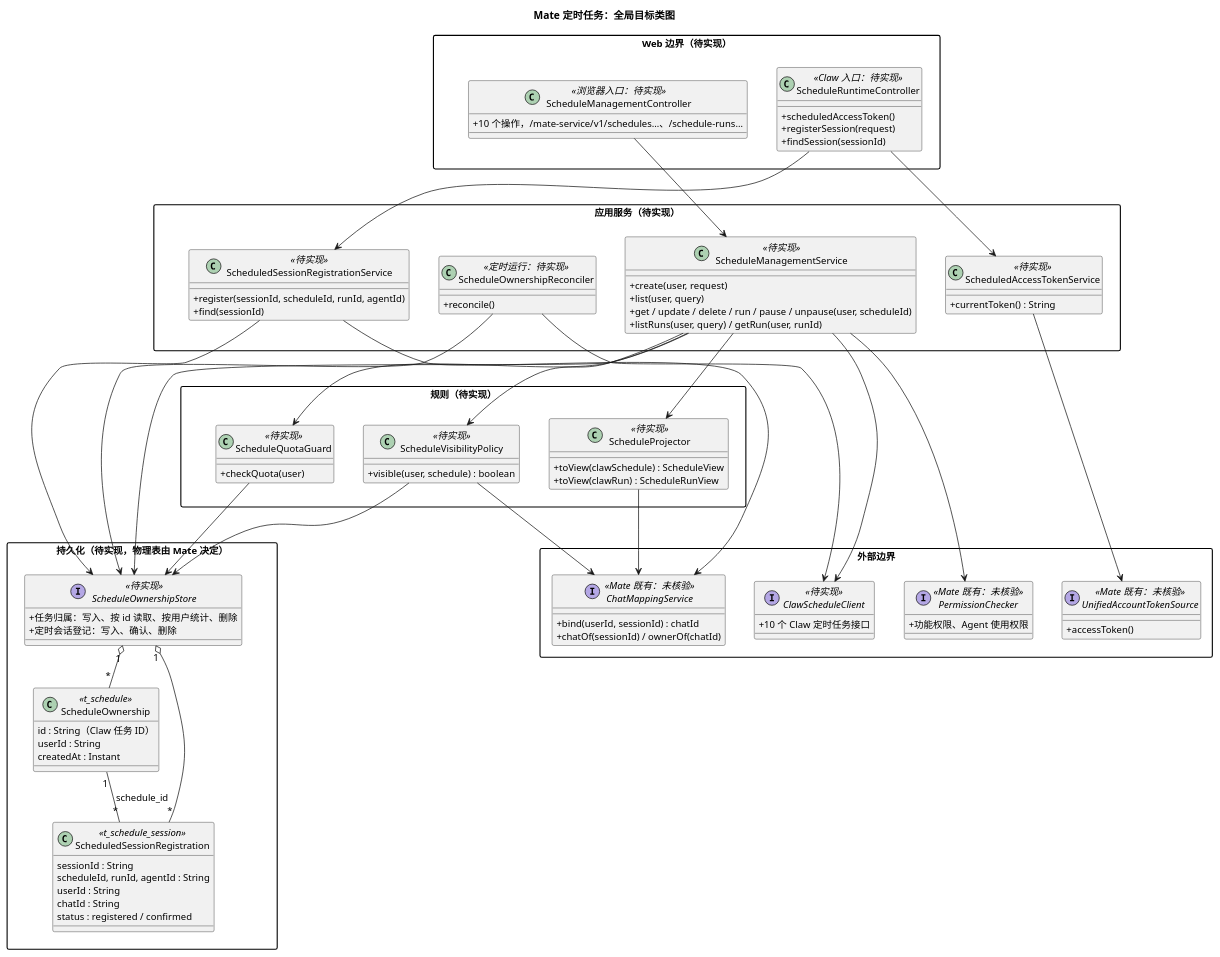
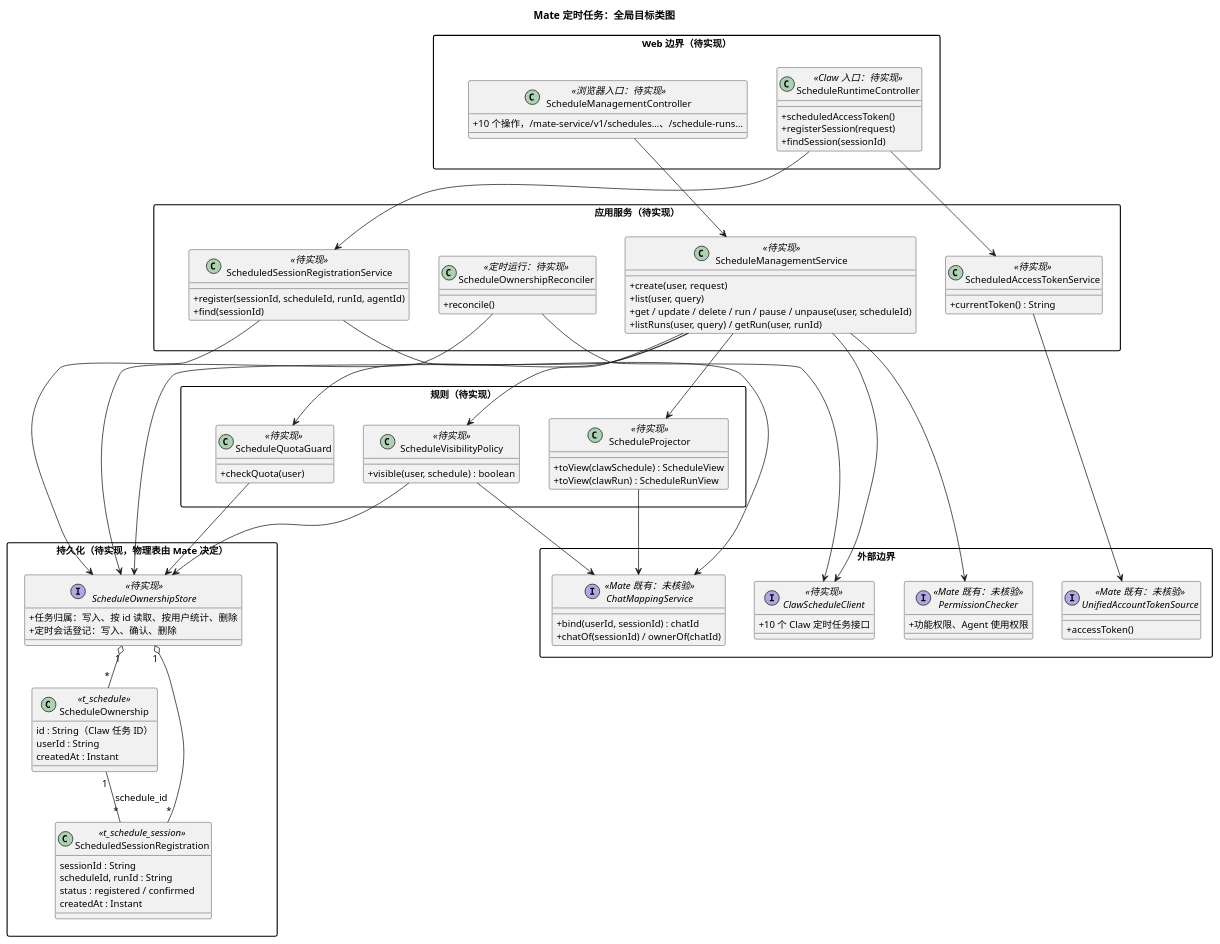
The fourth of 4 diagrams in 02-服务与接口/08-mate-service定时任务/diagram.puml (ssm0808/pi-mono-java-design), drawn with PlantUML before and after one commit. The commit also changed other lines of this file and 4 other files, not shown here.

```diff
--- a/02-服务与接口/08-mate-service定时任务/diagram.puml
+++ b/02-服务与接口/08-mate-service定时任务/diagram.puml
@@ -127,116 +127,115 @@
 @startuml mate_schedule_architecture
 ' 目标：待实现；Mate 侧定时任务的全局目标类图。
 ' mate-service 源码未核验：类名为目标命名，公司权限、Chat 映射与统一账号认证为 Mate 既有能力的抽象，接入方式待实现时核对。
 ' Claw 侧契约：01-总体架构/08-CampusClaw定时任务/README.md 0.66.0 第 4 章与第 4.8 节。
 title Mate 定时任务：全局目标类图
 skinparam backgroundColor white
 skinparam defaultFontSize 13
 skinparam classAttributeIconSize 0
 skinparam packageStyle rectangle
 skinparam nodesep 40
 skinparam ranksep 50
 
 package "Web 边界（待实现）" as WebPkg {
   class ScheduleManagementController <<浏览器入口：待实现>> {
     + 10 个操作，/mate-service/v1/schedules…、/schedule-runs…
   }
   class ScheduleRuntimeController <<Claw 入口：待实现>> {
     + scheduledAccessToken()
     + registerSession(request)
     + findSession(sessionId)
   }
 }
 
 package "应用服务（待实现）" as AppPkg {
   class ScheduleManagementService <<待实现>> {
     + create(user, request)
     + list(user, query)
     + get / update / delete / run / pause / unpause(user, scheduleId)
     + listRuns(user, query) / getRun(user, runId)
   }
   class ScheduledSessionRegistrationService <<待实现>> {
     + register(sessionId, scheduleId, runId, agentId)
     + find(sessionId)
   }
   class ScheduledAccessTokenService <<待实现>> {
     + currentToken() : String
   }
   class ScheduleOwnershipReconciler <<定时运行：待实现>> {
     + reconcile()
   }
 }
 
 package "规则（待实现）" as RulePkg {
   class ScheduleVisibilityPolicy <<待实现>> {
     + visible(user, schedule) : boolean
   }
   class ScheduleQuotaGuard <<待实现>> {
     + checkQuota(user)
   }
   class ScheduleProjector <<待实现>> {
     + toView(clawSchedule) : ScheduleView
     + toView(clawRun) : ScheduleRunView
   }
 }
 
 package "持久化（待实现，物理表由 Mate 决定）" as StorePkg {
   interface ScheduleOwnershipStore <<待实现>> {
     + 任务归属：写入、按 id 读取、按用户统计、删除
     + 定时会话登记：写入、确认、删除
   }
 
   class ScheduleOwnership <<t_schedule>> {
     id : String（Claw 任务 ID）
     userId : String
     createdAt : Instant
   }
   class ScheduledSessionRegistration <<t_schedule_session>> {
     sessionId : String
-    scheduleId, runId, agentId : String
-    userId : String
-    chatId : String
+    scheduleId, runId : String
     status : registered / confirmed
+    createdAt : Instant
   }
 }
 
 package "外部边界" as ExtPkg {
   interface ClawScheduleClient <<待实现>> {
     + 10 个 Claw 定时任务接口
   }
   interface PermissionChecker <<Mate 既有：未核验>> {
     + 功能权限、Agent 使用权限
   }
   interface ChatMappingService <<Mate 既有：未核验>> {
     + bind(userId, sessionId) : chatId
     + chatOf(sessionId) / ownerOf(chatId)
   }
   interface UnifiedAccountTokenSource <<Mate 既有：未核验>> {
     + accessToken()
   }
 }
 
 ScheduleManagementController --> ScheduleManagementService
 ScheduleRuntimeController --> ScheduledSessionRegistrationService
 ScheduleRuntimeController --> ScheduledAccessTokenService
 ScheduleManagementService --> PermissionChecker
 ScheduleManagementService --> ScheduleVisibilityPolicy
 ScheduleManagementService --> ScheduleQuotaGuard
 ScheduleManagementService --> ScheduleProjector
 ScheduleManagementService --> ClawScheduleClient
 ScheduleManagementService --> ScheduleOwnershipStore
 ScheduleVisibilityPolicy --> ScheduleOwnershipStore
 ScheduleVisibilityPolicy --> ChatMappingService
 ScheduleQuotaGuard --> ScheduleOwnershipStore
 ScheduleProjector --> ChatMappingService
 ScheduledSessionRegistrationService --> ScheduleOwnershipStore
 ScheduledSessionRegistrationService --> ChatMappingService
 ScheduledAccessTokenService --> UnifiedAccountTokenSource
 ScheduleOwnershipReconciler --> ScheduleOwnershipStore
 ScheduleOwnershipReconciler --> ClawScheduleClient
 ScheduleOwnershipStore "1" o-- "*" ScheduleOwnership
 ScheduleOwnershipStore "1" o-- "*" ScheduledSessionRegistration
 ScheduleOwnership "1" -- "*" ScheduledSessionRegistration : schedule_id
 WebPkg -[hidden]down- AppPkg
 AppPkg -[hidden]down- RulePkg
 RulePkg -[hidden]down- StorePkg
 @enduml
```
